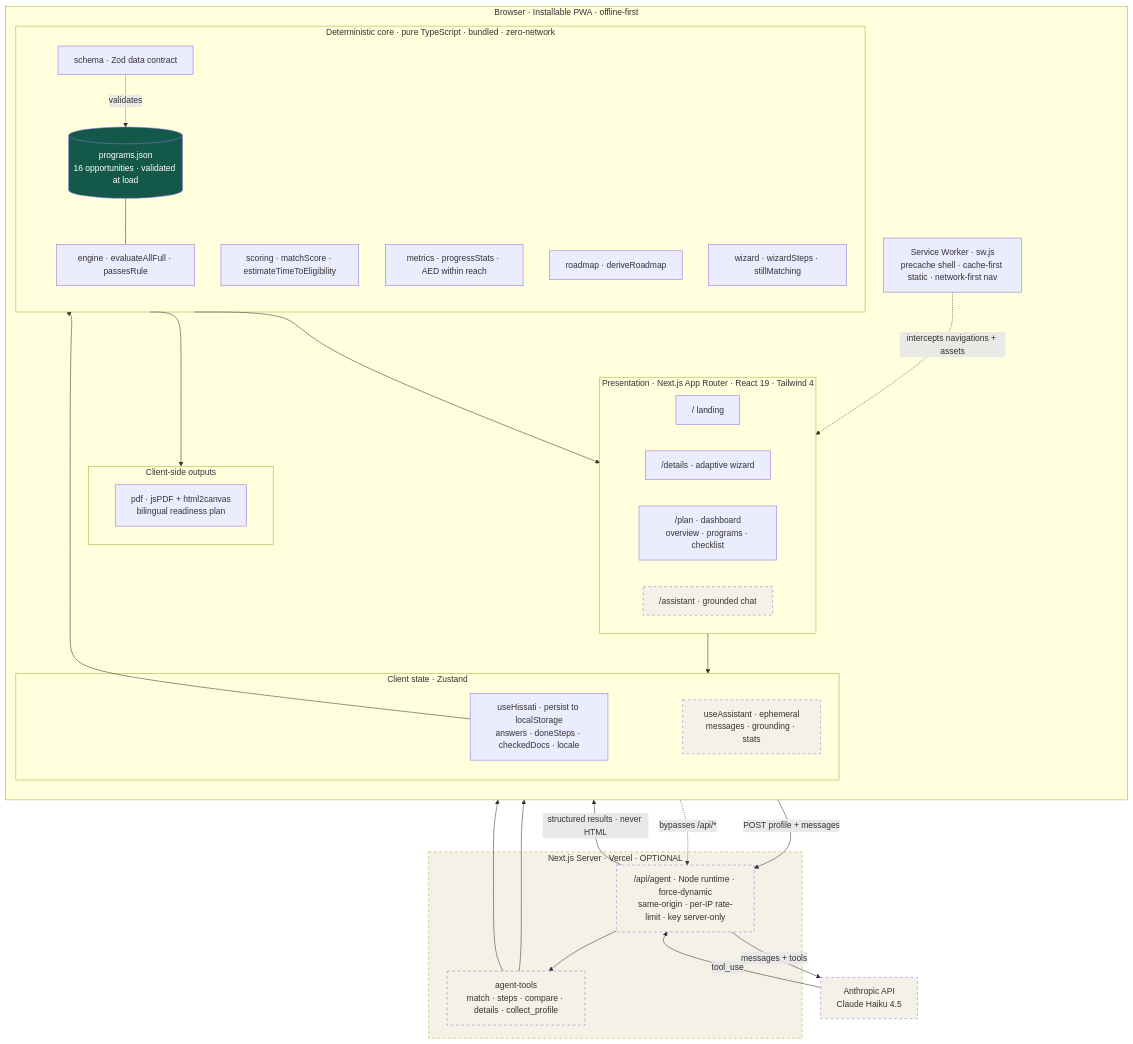
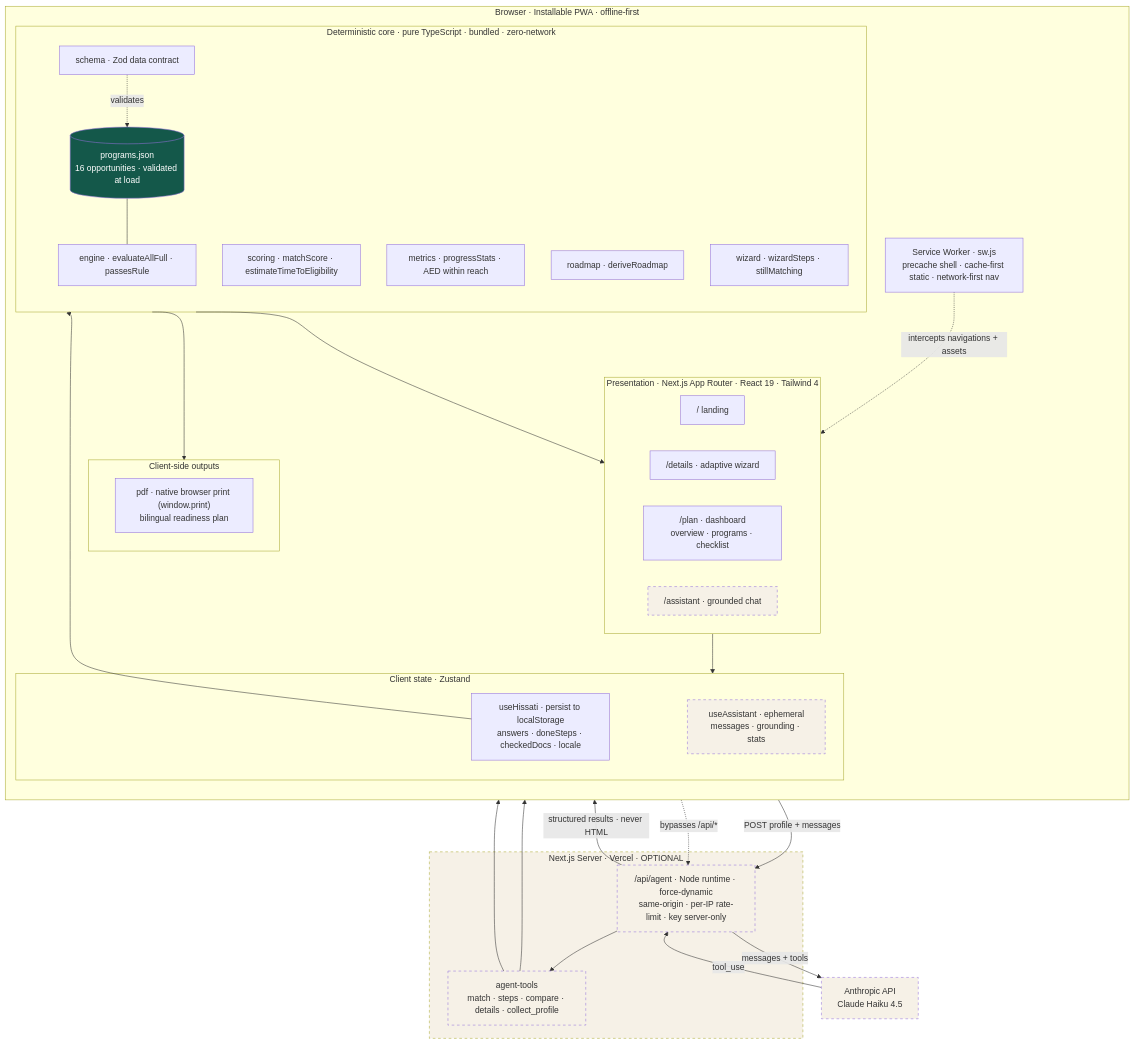
One commit to theParitet/hissati changed the first of 3 diagrams in docs/DIAGRAMS.md. Above: the diagram before and after it, drawn with Mermaid. The commit also changed other lines of this file and 28 other files, not shown here.

````diff
--- a/docs/DIAGRAMS.md
+++ b/docs/DIAGRAMS.md
@@ -26,64 +26,64 @@
 ```mermaid
 flowchart TB
   subgraph CLIENT["Browser · Installable PWA · offline-first"]
     direction TB
 
     subgraph UI["Presentation · Next.js App Router · React 19 · Tailwind 4"]
       L["/ landing"]
       Q["/details · adaptive wizard"]
       R["/plan · dashboard<br/>overview · programs · checklist"]
       A["/assistant · grounded chat"]
     end
 
     subgraph STATE["Client state · Zustand"]
       HS["useHissati · persist to localStorage<br/>answers · doneSteps · checkedDocs · locale"]
       AS["useAssistant · ephemeral<br/>messages · grounding · stats"]
     end
 
     subgraph CORE["Deterministic core · pure TypeScript · bundled · zero-network"]
       ENG["engine · evaluateAllFull · passesRule"]
       SCO["scoring · matchScore · estimateTimeToEligibility"]
       MET["metrics · progressStats · AED within reach"]
       ROAD["roadmap · deriveRoadmap"]
       WIZ["wizard · wizardSteps · stillMatching"]
       SCH["schema · Zod data contract"]
       KB[("programs.json<br/>16 opportunities · validated at load")]
     end
 
     subgraph OUT["Client-side outputs"]
-      PDF["pdf · jsPDF + html2canvas<br/>bilingual readiness plan"]
+      PDF["pdf · native browser print (window.print)<br/>bilingual readiness plan"]
     end
 
     SW["Service Worker · sw.js<br/>precache shell · cache-first static · network-first nav"]
   end
 
   subgraph SERVER["Next.js Server · Vercel · OPTIONAL"]
     API["/api/agent · Node runtime · force-dynamic<br/>same-origin · per-IP rate-limit · key server-only"]
     TOOLS["agent-tools<br/>match · steps · compare · details · collect_profile"]
   end
 
   EXT["Anthropic API<br/>Claude Haiku 4.5"]
 
   UI --> STATE
   HS --> CORE
   CORE --> UI
   CORE --> OUT
   KB --- ENG
   SCH -. validates .-> KB
 
   AS -->|POST profile + messages| API
   API -->|messages + tools| EXT
   EXT -->|tool_use| API
   API --> TOOLS
   TOOLS --> ENG
   TOOLS --> KB
   API -->|structured results · never HTML| AS
 
   SW -. intercepts navigations + assets .-> UI
   SW -. bypasses /api/* .-> API
 
   classDef opt stroke-dasharray:5 5,fill:#f6f1e7;
   class SERVER,API,TOOLS,EXT,A,AS opt;
   classDef kb fill:#14584a,color:#ffffff;
   class KB kb;
 ```
````
